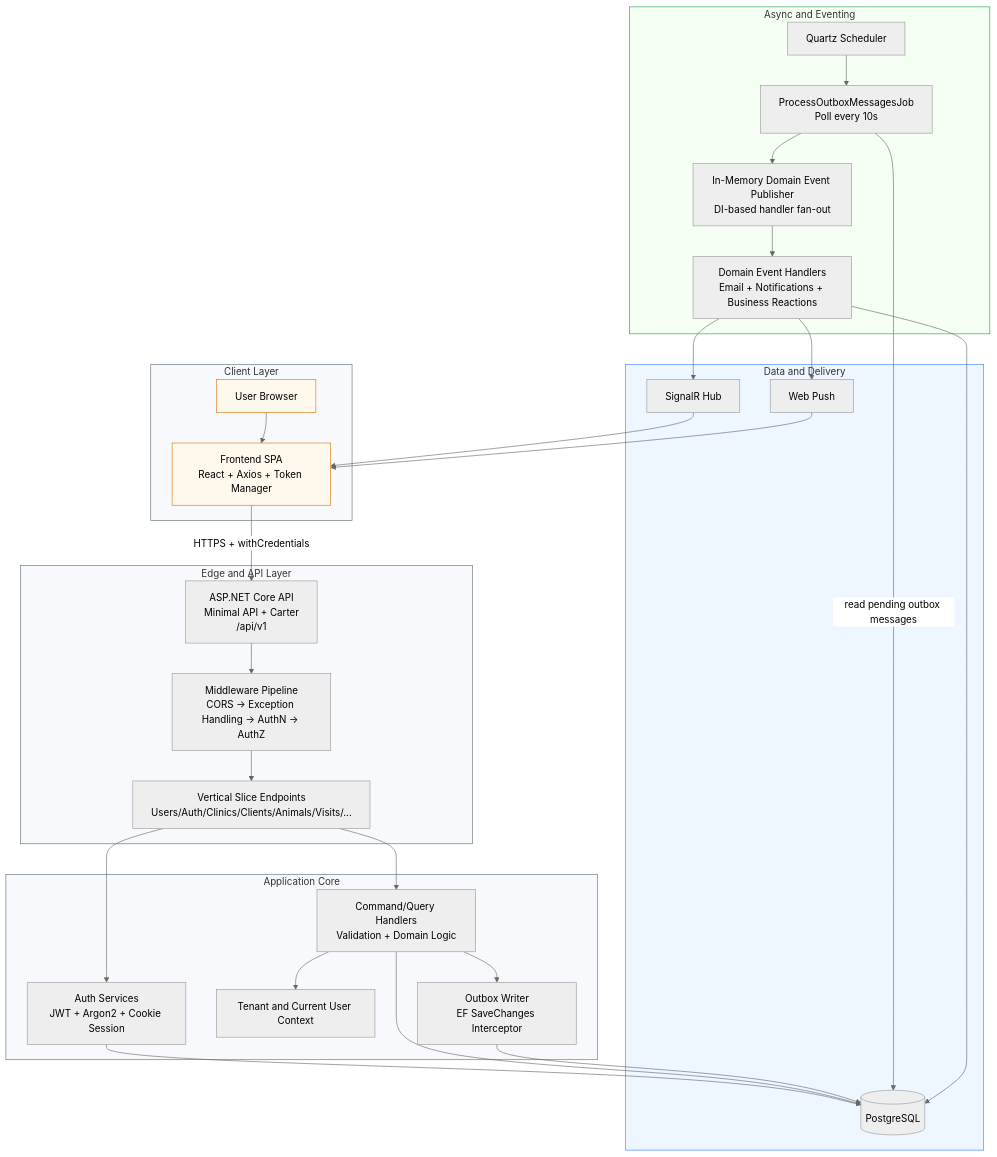
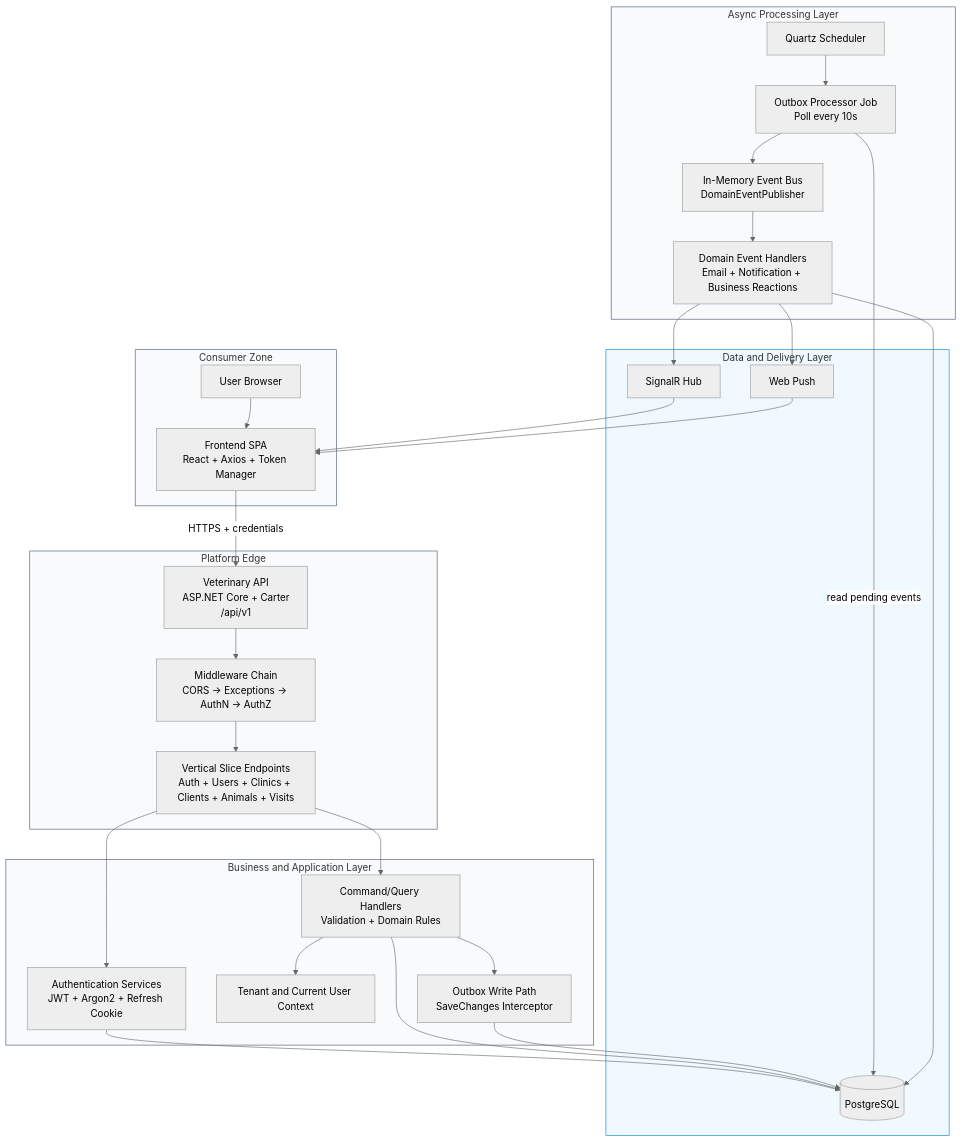
Before and after one commit to BilalMahfouf/Vertical-Slice-Template: the first of 3 diagrams in README.md, drawn with Mermaid (neutral theme). The commit also changed other lines of this file, not shown here.

Commit message:
fix readme (again)

````diff
--- a/README.md
+++ b/README.md
@@ -29,63 +29,56 @@
 ```mermaid
 flowchart TB
-  %% Top-to-bottom layered architecture (more readable on wide docs)
-
-  subgraph C[Client Layer]
+  subgraph Z1[Consumer Zone]
     U[User Browser]
     FE[Frontend SPA\nReact + Axios + Token Manager]
     U --> FE
   end
 
-  subgraph E[Edge and API Layer]
-    API[ASP.NET Core API\nMinimal API + Carter\n/api/v1]
-    MW[Middleware Pipeline\nCORS -> Exception Handling -> AuthN -> AuthZ]
-    EP[Vertical Slice Endpoints\nUsers/Auth/Clinics/Clients/Animals/Visits/...]
-    API --> MW --> EP
+  subgraph Z2[Platform Edge]
+    API[Veterinary API\nASP.NET Core + Carter\n/api/v1]
+    MW[Middleware Chain\nCORS -> Exceptions -> AuthN -> AuthZ]
+    ROUTES[Vertical Slice Endpoints\nAuth + Users + Clinics + Clients + Animals + Visits]
+    API --> MW --> ROUTES
   end
 
-  subgraph AC[Application Core]
-    AUTH[Auth Services\nJWT + Argon2 + Cookie Session]
-    CORE[Command/Query Handlers\nValidation + Domain Logic]
-    TEN[Tenant and Current User Context]
-    OUTW[Outbox Writer\nEF SaveChanges Interceptor]
-    EP --> AUTH
-    EP --> CORE
-    CORE --> TEN
-    CORE --> OUTW
+  subgraph Z3[Business and Application Layer]
+    AUTH[Authentication Services\nJWT + Argon2 + Refresh Cookie]
+    APP[Command/Query Handlers\nValidation + Domain Rules]
+    TENANT[Tenant and Current User Context]
+    OUTBOXW[Outbox Write Path\nSaveChanges Interceptor]
+    ROUTES --> AUTH
+    ROUTES --> APP
+    APP --> TENANT
+    APP --> OUTBOXW
   end
 
-  subgraph AE[Async and Eventing]
-    QTZ[Quartz Scheduler]
-    OJOB[ProcessOutboxMessagesJob\nPoll every 10s]
-    PUB[In-Memory Domain Event Publisher\nDI-based handler fan-out]
-    HN[Domain Event Handlers\nEmail + Notifications + Business Reactions]
-    QTZ --> OJOB --> PUB --> HN
+  subgraph Z4[Async Processing Layer]
+    SCHED[Quartz Scheduler]
+    OUTBOXJOB[Outbox Processor Job\nPoll every 10s]
+    BUS[In-Memory Event Bus\nDomainEventPublisher]
+    HANDLERS[Domain Event Handlers\nEmail + Notification + Business Reactions]
+    SCHED --> OUTBOXJOB --> BUS --> HANDLERS
   end
 
-  subgraph D[Data and Delivery]
+  subgraph Z5[Data and Delivery Layer]
     DB[(PostgreSQL)]
-    RT[SignalR Hub]
-    WP[Web Push]
+    HUB[SignalR Hub]
+    PUSH[Web Push]
   end
 
-  FE -->|HTTPS + withCredentials| API
+  FE -->|HTTPS + credentials| API
   AUTH --> DB
-  CORE --> DB
-  OUTW --> DB
-  OJOB -->|read pending outbox messages| DB
-  HN --> DB
-  HN --> RT
-  HN --> WP
-  RT --> FE
-  WP --> FE
+  APP --> DB
+  OUTBOXW --> DB
+  OUTBOXJOB -->|read pending events| DB
+  HANDLERS --> DB
+  HANDLERS --> HUB
+  HANDLERS --> PUSH
+  HUB --> FE
+  PUSH --> FE
 
-  classDef layer fill:#f7f9fc,stroke:#5f6b7a,stroke-width:1px;
-  classDef data fill:#eef6ff,stroke:#3b82f6,stroke-width:1px;
-  classDef async fill:#f5fff4,stroke:#16a34a,stroke-width:1px;
-  classDef client fill:#fff8ed,stroke:#d97706,stroke-width:1px;
-
-  class C,E,AC layer;
-  class D data;
-  class AE async;
-  class U,FE client;
+  classDef zone fill:#f8fafc,stroke:#475569,stroke-width:1px;
+  classDef data fill:#f0f9ff,stroke:#0284c7,stroke-width:1px;
+  class Z1,Z2,Z3,Z4 zone;
+  class Z5 data;
 ```
````
